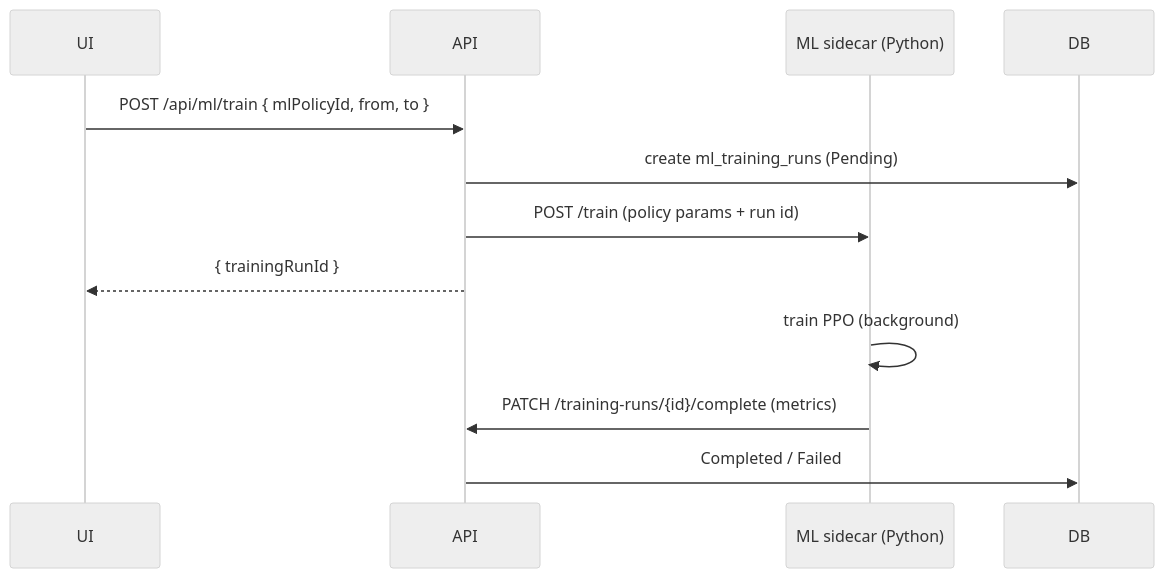
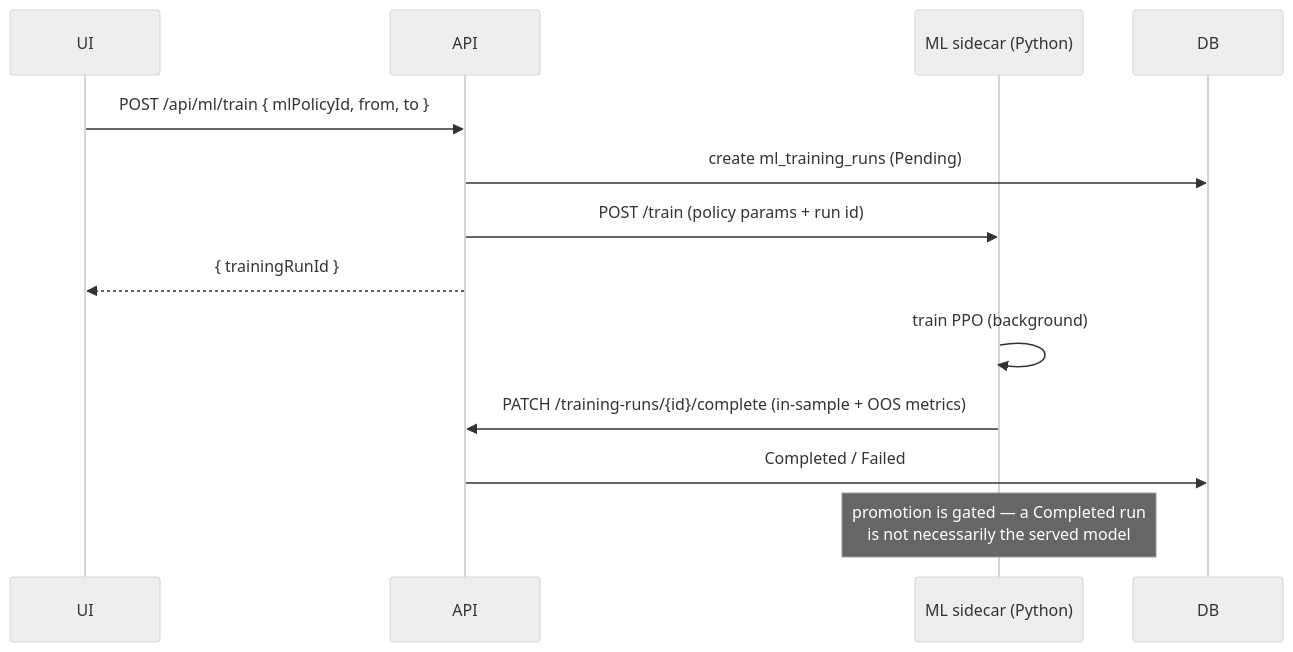
Before and after one commit to Goncalo-Correia/trader-algo-api: the eighth of 9 diagrams in README.md, drawn with Mermaid (neutral theme). The commit also changed other lines of this file and 14 other files, not shown here.

````diff
--- a/README.md
+++ b/README.md
@@ -325,13 +328,14 @@
 ```mermaid
 sequenceDiagram
   participant UI
   participant API
   participant ML as ML sidecar (Python)
   UI->>API: POST /api/ml/train { mlPolicyId, from, to }
   API->>DB: create ml_training_runs (Pending)
   API->>ML: POST /train (policy params + run id)
   API-->>UI: { trainingRunId }
   ML->>ML: train PPO (background)
-  ML->>API: PATCH /training-runs/{id}/complete (metrics)
+  ML->>API: PATCH /training-runs/{id}/complete (in-sample + OOS metrics)
   API->>DB: Completed / Failed
+  Note over ML: promotion is gated — a Completed run<br/>is not necessarily the served model
 ```
````
